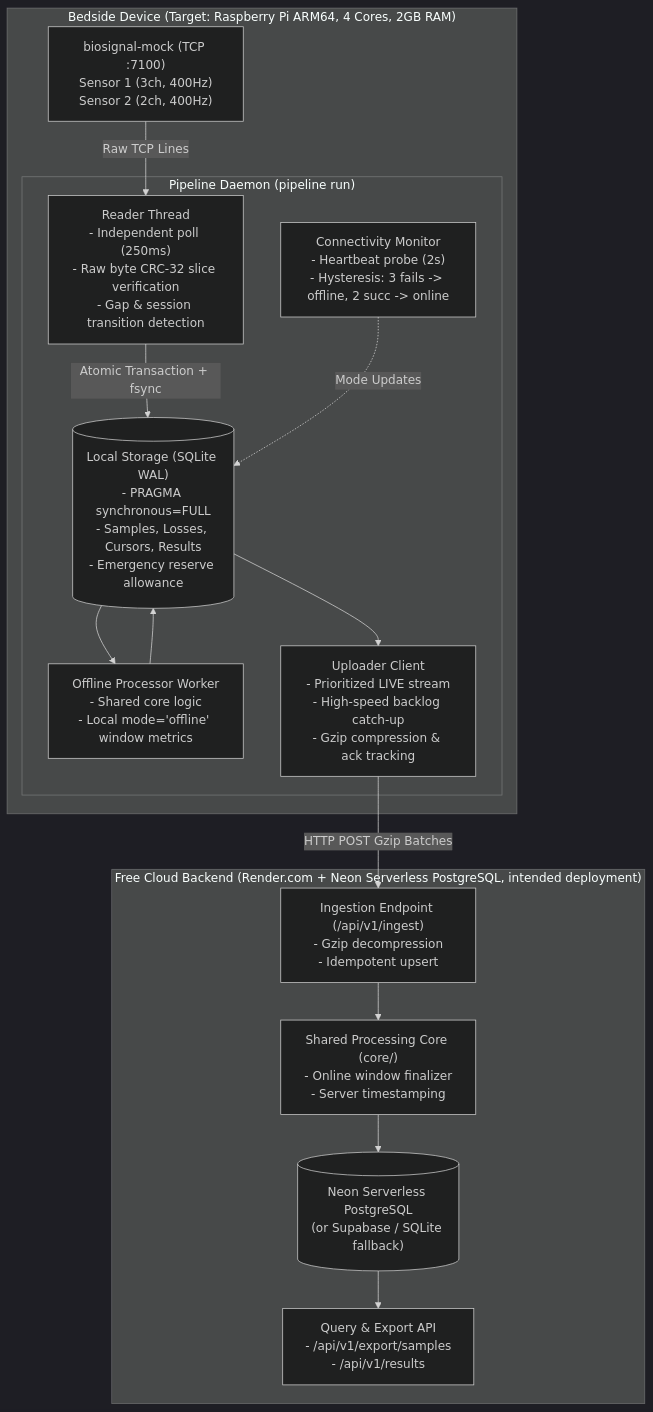
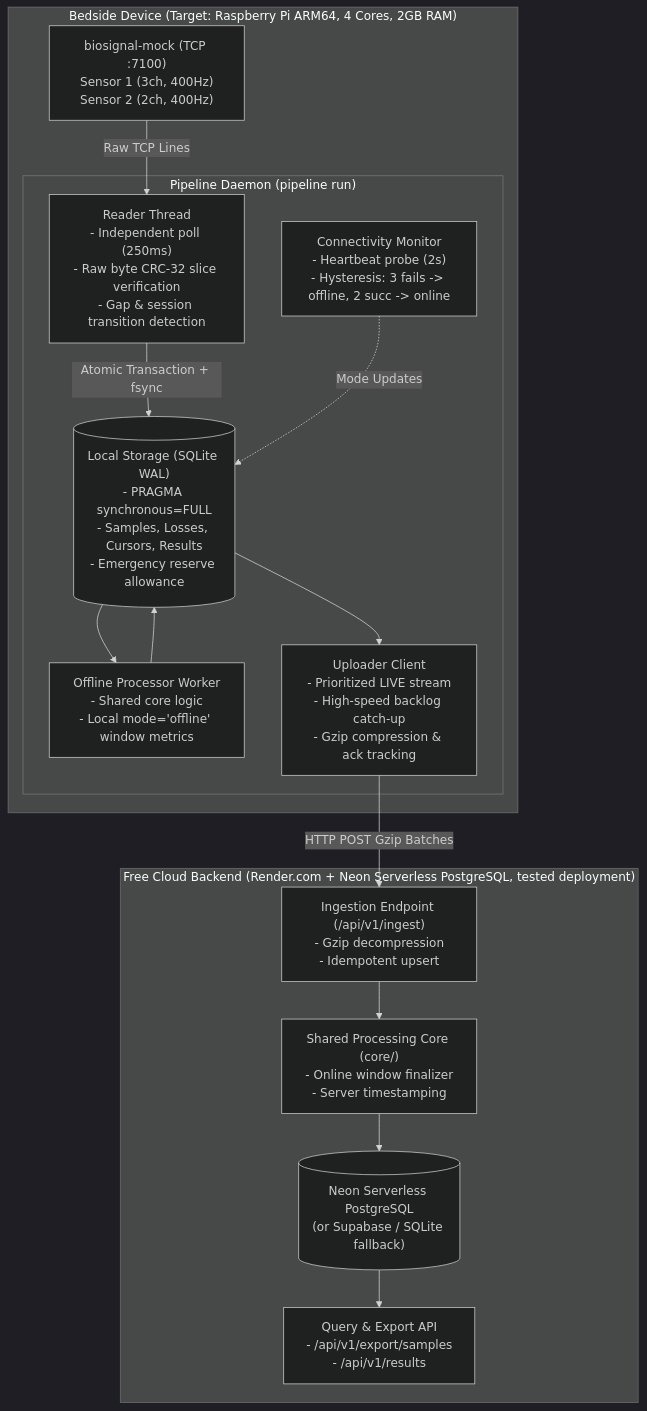
The diagram in DESIGN.md (MukulVerma14/MayaCardio), drawn with Mermaid (dark theme) before and after one commit. The commit also changed other lines of this file and 8 other files, not shown here.

````diff
--- a/DESIGN.md
+++ b/DESIGN.md
@@ -7,32 +7,32 @@
 ```mermaid
 flowchart TD
     subgraph Device ["Bedside Device (Target: Raspberry Pi ARM64, 4 Cores, 2GB RAM)"]
         Mock["biosignal-mock (TCP :7100)\nSensor 1 (3ch, 400Hz)\nSensor 2 (2ch, 400Hz)"]
         
         subgraph Pipeline ["Pipeline Daemon (pipeline run)"]
             Reader["Reader Thread\n- Independent poll (250ms)\n- Raw byte CRC-32 slice verification\n- Gap & session transition detection"]
             Storage[("Local Storage (SQLite WAL)\n- PRAGMA synchronous=FULL\n- Samples, Losses, Cursors, Results\n- Emergency reserve allowance")]
             OfflineProc["Offline Processor Worker\n- Shared core logic\n- Local mode='offline' window metrics"]
             ConnMon["Connectivity Monitor\n- Heartbeat probe (2s)\n- Hysteresis: 3 fails -> offline, 2 succ -> online"]
             Uploader["Uploader Client\n- Prioritized LIVE stream\n- High-speed backlog catch-up\n- Gzip compression & ack tracking"]
         end
     end
 
-    subgraph Cloud ["Free Cloud Backend (Render.com + Neon Serverless PostgreSQL, intended deployment)"]
+    subgraph Cloud ["Free Cloud Backend (Render.com + Neon Serverless PostgreSQL, tested deployment)"]
         IngestAPI["Ingestion Endpoint (/api/v1/ingest)\n- Gzip decompression\n- Idempotent upsert"]
         CloudCore["Shared Processing Core (core/)\n- Online window finalizer\n- Server timestamping"]
         CloudStore[("Neon Serverless PostgreSQL\n(or Supabase / SQLite fallback)")]
         ExportAPI["Query & Export API\n- /api/v1/export/samples\n- /api/v1/results"]
     end
 
     Mock -->|Raw TCP Lines| Reader
     Reader -->|Atomic Transaction + fsync| Storage
     Storage --> OfflineProc
     OfflineProc --> Storage
     ConnMon -.->|Mode Updates| Storage
     Storage --> Uploader
     Uploader -->|HTTP POST Gzip Batches| IngestAPI
     IngestAPI --> CloudCore
     CloudCore --> CloudStore
     CloudStore --> ExportAPI
 ```
````
